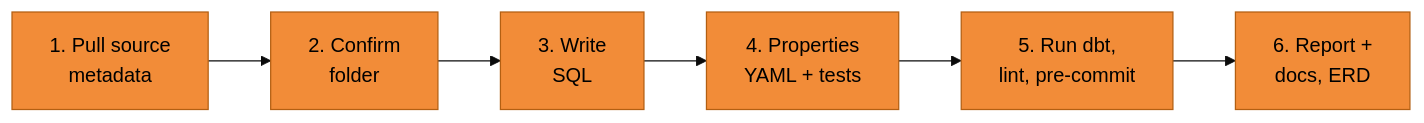
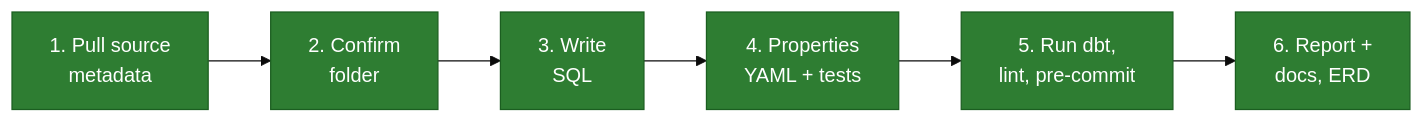
Before and after one commit to antipev/sql_preparation: diagram 15 of 22 in Project_Portfolio/Project 1/Project_1.md, drawn with Mermaid (base theme).

````diff
--- a/Project_Portfolio/Project 1/Project_1.md
+++ b/Project_Portfolio/Project 1/Project_1.md
@@ -954,7 +954,7 @@
 ```mermaid
 flowchart LR
     A["1. Pull source<br/>metadata"] --> B["2. Confirm<br/>folder"] --> C["3. Write<br/>SQL"] --> D["4. Properties<br/>YAML + tests"] --> E["5. Run dbt,<br/>lint, pre-commit"] --> F["6. Report +<br/>docs, ERD"]
 
-    classDef skip fill:#F28C38,stroke:#B35F12,color:#000
-    class A,B,C,D,E,F skip
+    classDef hero fill:#2E7D32,stroke:#1B5E20,color:#fff
+    class A,B,C,D,E,F hero
 ```
````
